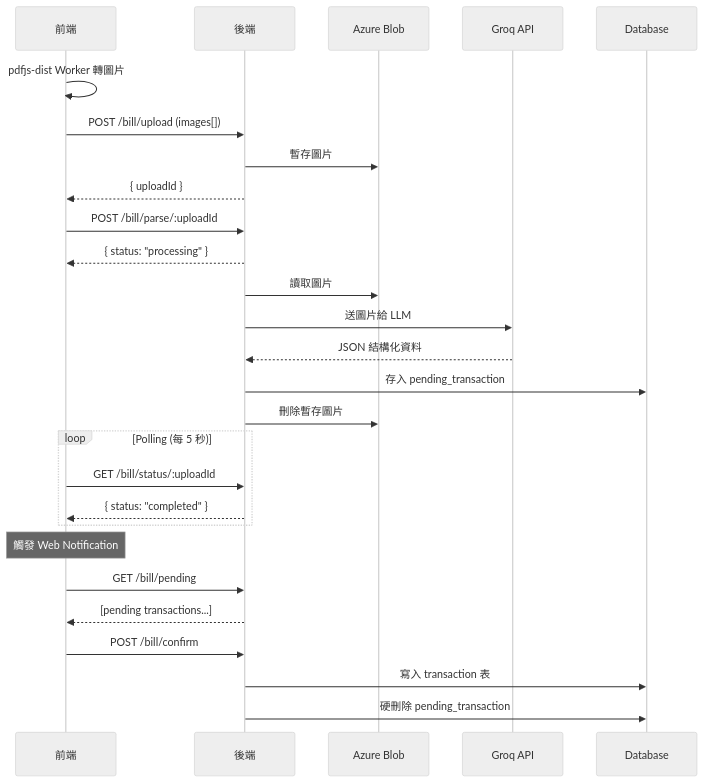
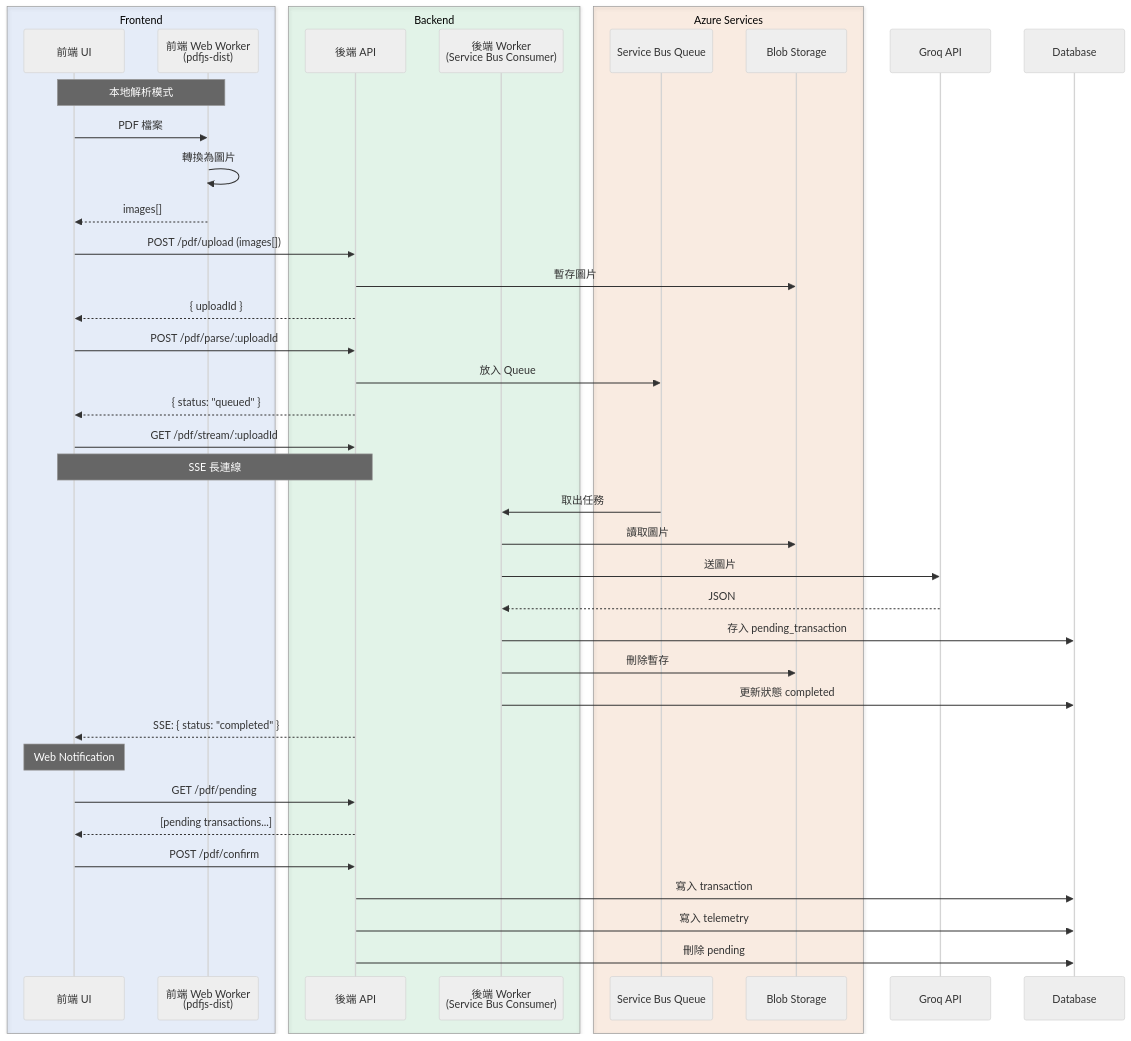
One commit to BardKidd/EasyAccounting changed the third of 4 diagrams in docs/specs/pdf-bill-analysis-rfc.md. Above: the diagram before and after it, drawn with Mermaid (neutral theme). The commit also changed other lines of this file, not shown here.

Commit message:
docs: 完善 PDF 帳單分析的設計規範

````diff
--- a/docs/specs/pdf-bill-analysis-rfc.md
+++ b/docs/specs/pdf-bill-analysis-rfc.md
@@ -280,36 +345,55 @@
 ```mermaid
 sequenceDiagram
-    participant U as 前端
-    participant B as 後端
-    participant Blob as Azure Blob
+    box rgba(59, 130, 246, 0.1) Frontend
+        participant U as 前端 UI
+        participant FW as 前端 Web Worker<br/>(pdfjs-dist)
+    end
+
+    box rgba(34, 197, 94, 0.1) Backend
+        participant B as 後端 API
+        participant BW as 後端 Worker<br/>(Service Bus Consumer)
+    end
+
+    box rgba(249, 115, 22, 0.1) Azure Services
+        participant Q as Service Bus Queue
+        participant Blob as Blob Storage
+    end
+
     participant AI as Groq API
     participant DB as Database
 
-    U->>U: pdfjs-dist Worker 轉圖片
-    U->>B: POST /bill/upload (images[])
+    Note over U,FW: 本地解析模式
+    U->>FW: PDF 檔案
+    FW->>FW: 轉換為圖片
+    FW-->>U: images[]
+
+    U->>B: POST /pdf/upload (images[])
     B->>Blob: 暫存圖片
     B-->>U: { uploadId }
 
-    U->>B: POST /bill/parse/:uploadId
-    B-->>U: { status: "processing" }
+    U->>B: POST /pdf/parse/:uploadId
+    B->>Q: 放入 Queue
+    B-->>U: { status: "queued" }
 
-    B->>Blob: 讀取圖片
-    B->>AI: 送圖片給 LLM
-    AI-->>B: JSON 結構化資料
-    B->>DB: 存入 pending_transaction
-    B->>Blob: 刪除暫存圖片
+    U->>B: GET /pdf/stream/:uploadId
+    Note over U,B: SSE 長連線
 
-    loop Polling (每 5 秒)
-        U->>B: GET /bill/status/:uploadId
-        B-->>U: { status: "completed" }
-    end
+    Q->>BW: 取出任務
+    BW->>Blob: 讀取圖片
+    BW->>AI: 送圖片
+    AI-->>BW: JSON
+    BW->>DB: 存入 pending_transaction
+    BW->>Blob: 刪除暫存
+    BW->>DB: 更新狀態 completed
 
-    Note over U: 觸發 Web Notification
+    B-->>U: SSE: { status: "completed" }
+    Note over U: Web Notification
 
-    U->>B: GET /bill/pending
+    U->>B: GET /pdf/pending
     B-->>U: [pending transactions...]
 
-    U->>B: POST /bill/confirm
-    B->>DB: 寫入 transaction 表
-    B->>DB: 硬刪除 pending_transaction
+    U->>B: POST /pdf/confirm
+    B->>DB: 寫入 transaction
+    B->>DB: 寫入 telemetry
+    B->>DB: 刪除 pending
 ```
````
